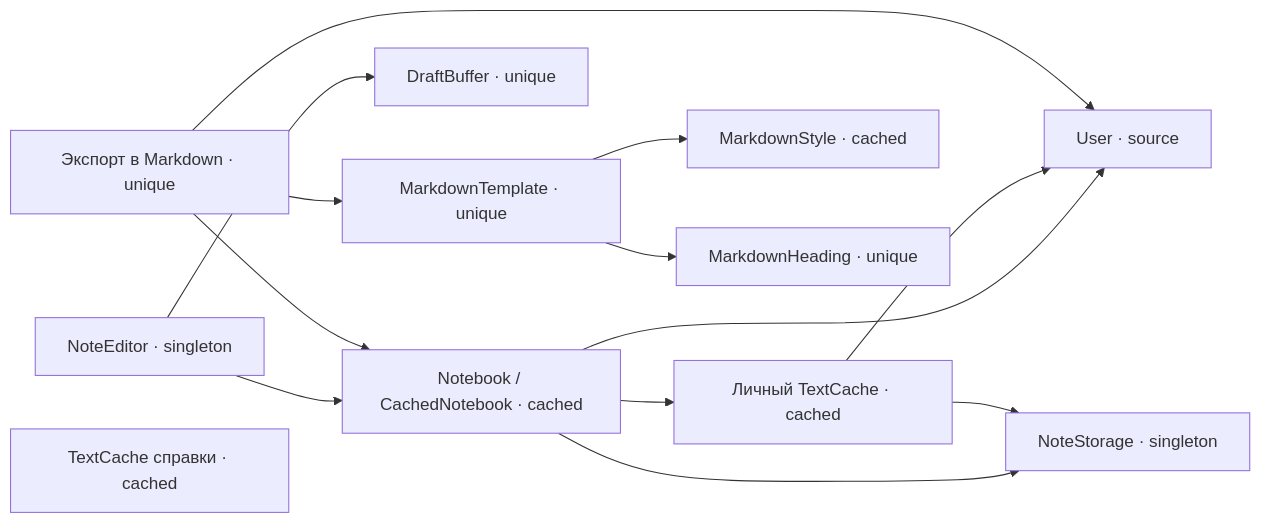
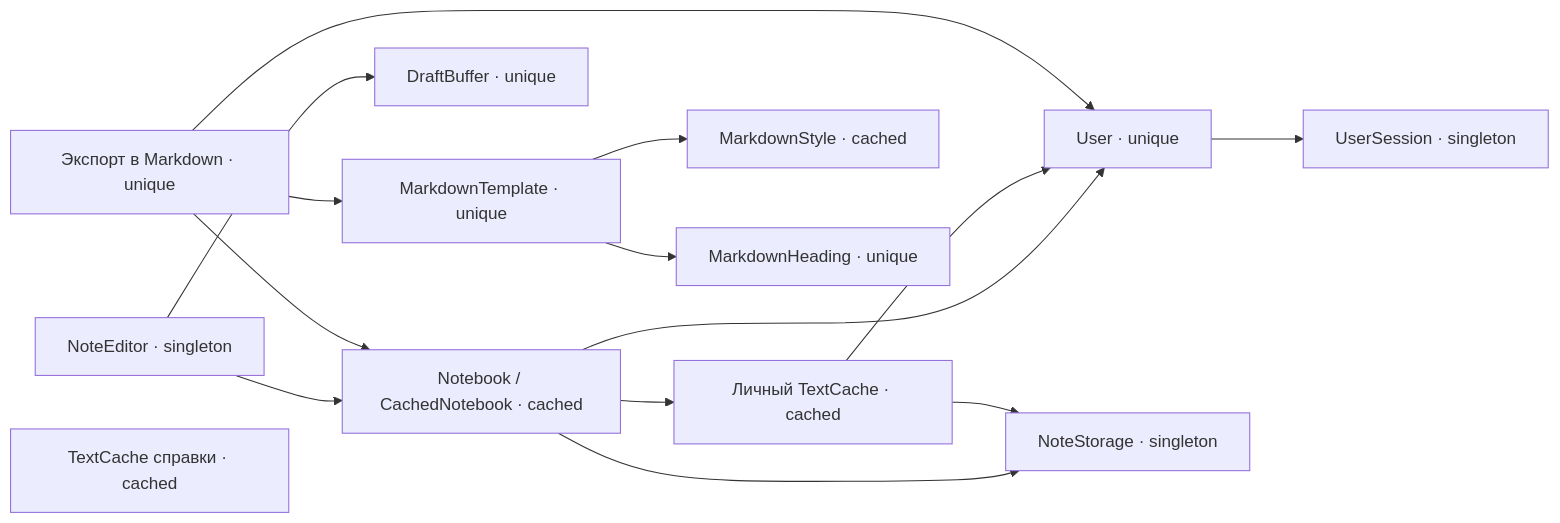
One commit to bysensa/managed changed the diagram in managed/example/README.md. Above: the diagram before and after it, drawn with Mermaid. The commit also changed other lines of this file and 18 other files, not shown here.

````diff
--- a/managed/example/README.md
+++ b/managed/example/README.md
@@ -28,16 +28,17 @@
 ```mermaid
 flowchart LR
   editor["NoteEditor · singleton"] --> repo["Notebook / CachedNotebook · cached"]
   editor --> buffer["DraftBuffer · unique"]
-  repo --> user["User · source"]
+  repo --> user["User · unique"]
+  user --> session["UserSession · singleton"]
   repo --> storage["NoteStorage · singleton"]
   repo --> cache["Личный TextCache · cached"]
   cache --> user
   cache --> storage
   exportNote["Экспорт в Markdown · unique"] --> repo
   exportNote --> user
   exportNote --> template["MarkdownTemplate · unique"]
   template --> markdownStyle["MarkdownStyle · cached"]
   template --> heading["MarkdownHeading · unique"]
   help["TextCache справки · cached"]
 ```
````
